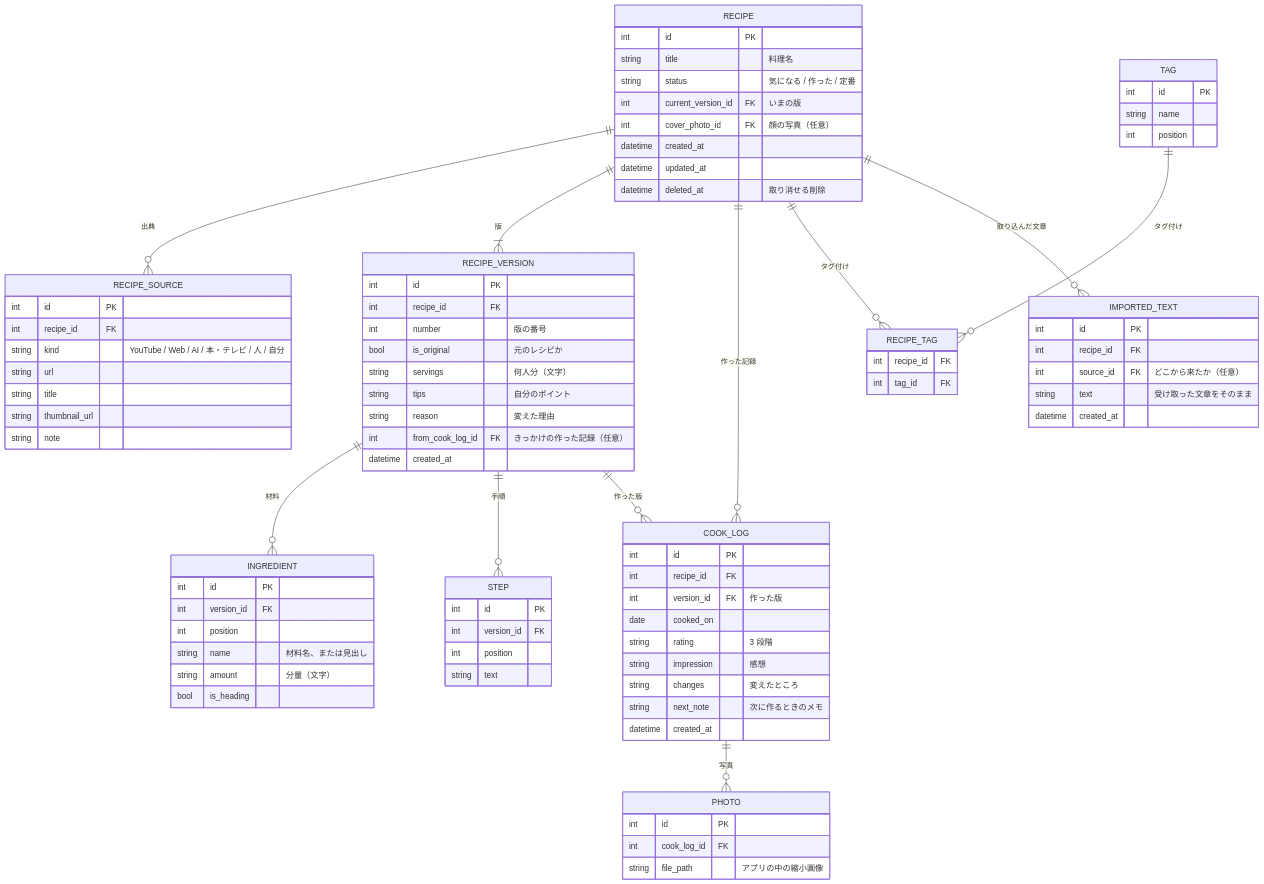
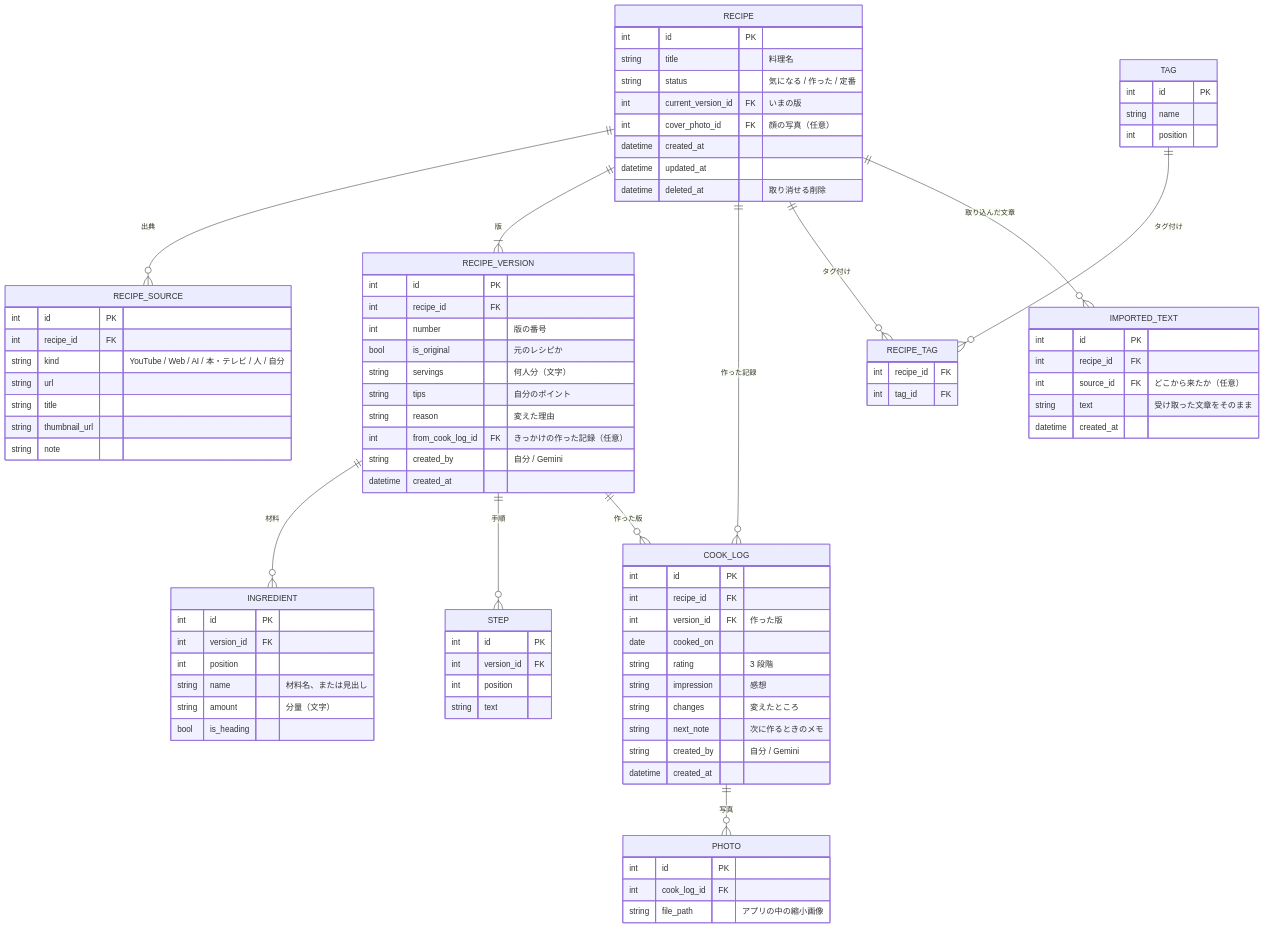
Before and after one commit to p-ota-q/inventory: the third of 5 diagrams in apps/recipe-book/docs/requirements.md, drawn with Mermaid. The commit also changed other lines of this file and 1 other file, not shown here.

First line of the commit message:
docs(apps/recipe-book): Gemini から直接、保存・記録・修正できる経路を足す（要件定義 v0.2）

```diff
--- a/apps/recipe-book/docs/requirements.md
+++ b/apps/recipe-book/docs/requirements.md
@@ -310,6 +332,7 @@
     string tips "自分のポイント"
     string reason "変えた理由"
     int from_cook_log_id FK "きっかけの作った記録（任意）"
+    string created_by "自分 / Gemini"
     datetime created_at
   }
   INGREDIENT {
@@ -344,6 +367,7 @@
     string impression "感想"
     string changes "変えたところ"
     string next_note "次に作るときのメモ"
+    string created_by "自分 / Gemini"
     datetime created_at
   }
   PHOTO {
```
